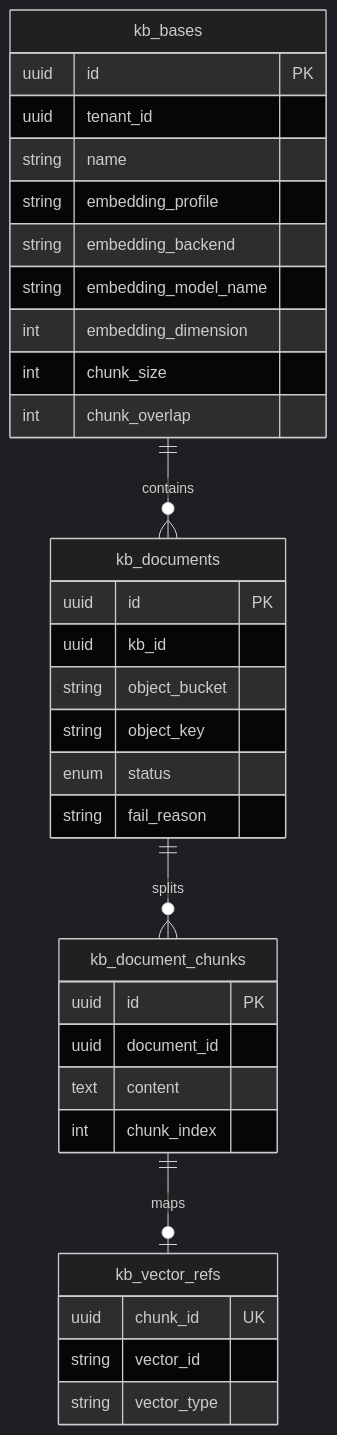
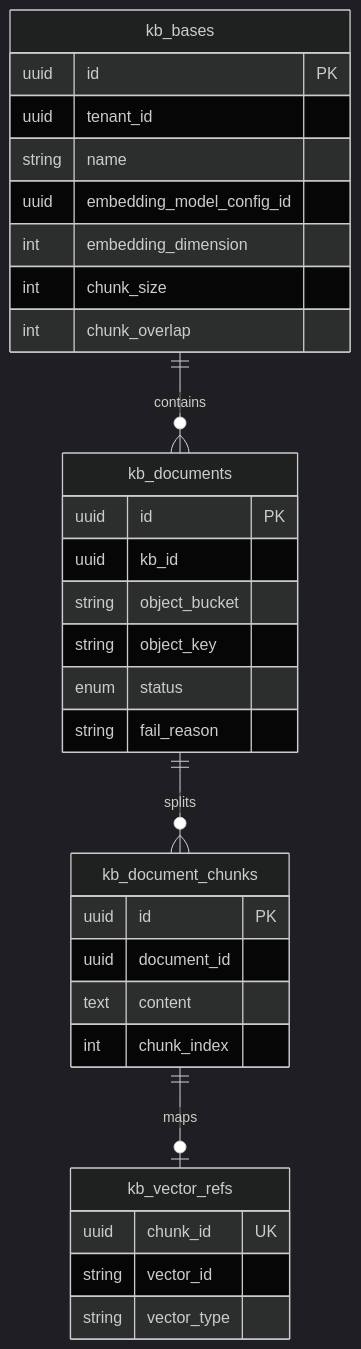
Before and after one commit to miles-ai-saas/MilesAi: the first of 2 diagrams in docs/guides/knowledge-base.md, drawn with Mermaid (dark theme). The commit also changed other lines of this file and 40 other files, not shown here.

First line of the commit message:
feat(kb): 将知识库向量化绑定为 ModelConfig 模型

````diff
--- a/docs/guides/knowledge-base.md
+++ b/docs/guides/knowledge-base.md
@@ -24,40 +24,38 @@
 ```mermaid
 erDiagram
     kb_bases ||--o{ kb_documents : contains
     kb_documents ||--o{ kb_document_chunks : splits
     kb_document_chunks ||--o| kb_vector_refs : maps
 
     kb_bases {
         uuid id PK
         uuid tenant_id
         string name
-        string embedding_profile
-        string embedding_backend
-        string embedding_model_name
+        uuid embedding_model_config_id
         int embedding_dimension
         int chunk_size
         int chunk_overlap
     }
 
     kb_documents {
         uuid id PK
         uuid kb_id
         string object_bucket
         string object_key
         enum status
         string fail_reason
     }
 
     kb_document_chunks {
         uuid id PK
         uuid document_id
         text content
         int chunk_index
     }
 
     kb_vector_refs {
         uuid chunk_id UK
         string vector_id
         string vector_type
     }
 ```
````
